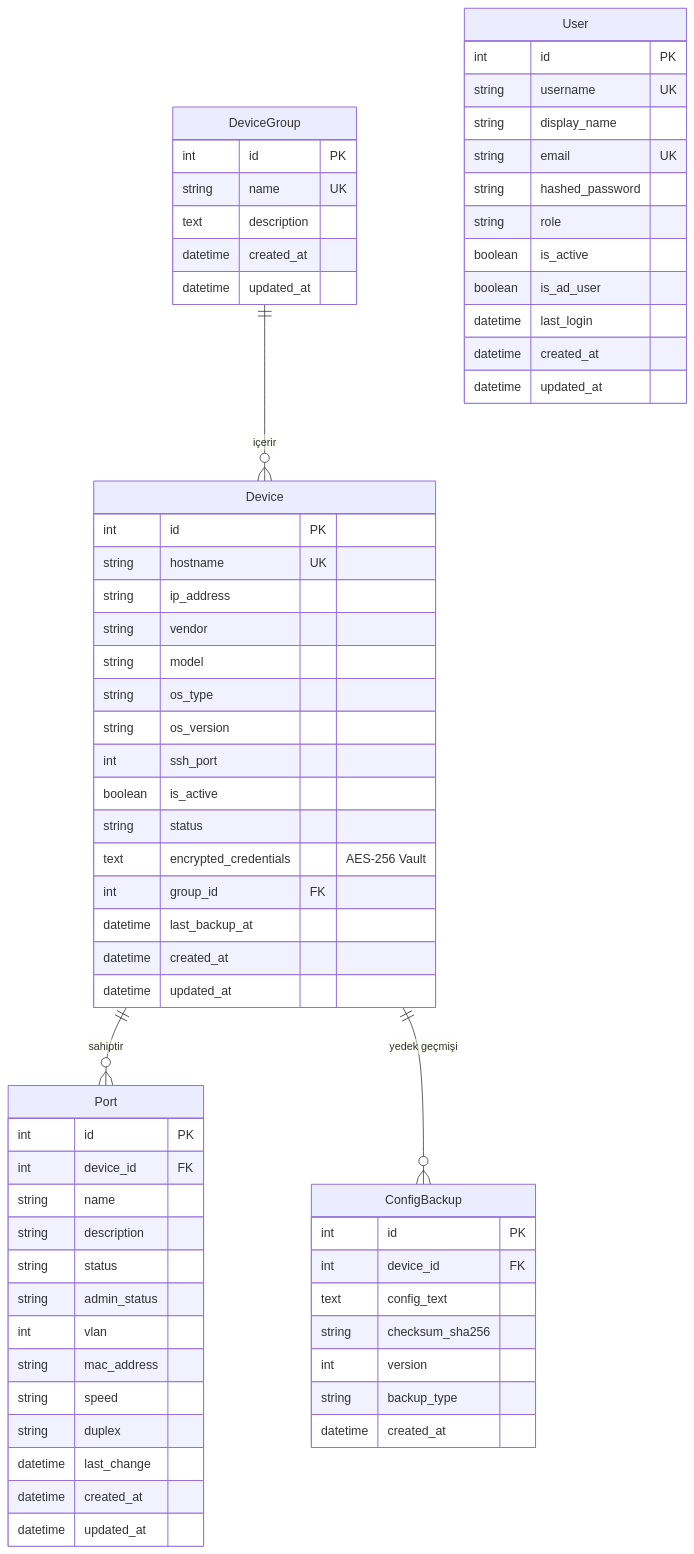
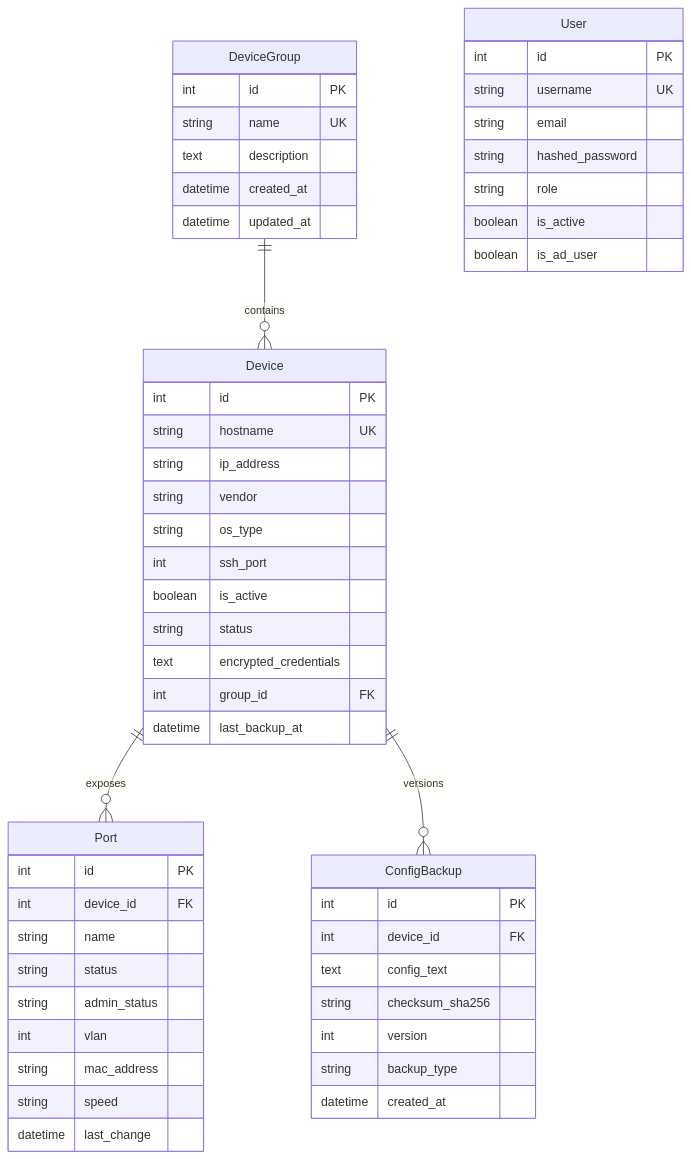
Before and after one commit to mertgl1/OmniEyeNetwork: the second of 2 diagrams in docs/ARCHITECTURE.md, drawn with Mermaid. The commit also changed other lines of this file and 54 other files, not shown here.

````diff
--- a/docs/ARCHITECTURE.md
+++ b/docs/ARCHITECTURE.md
@@ -96,72 +29,55 @@
 ```mermaid
 erDiagram
-    DeviceGroup ||--o{ Device : "içerir"
-    Device ||--o{ Port : "sahiptir"
-    Device ||--o{ ConfigBackup : "yedek geçmişi"
-
+    DeviceGroup ||--o{ Device : contains
+    Device ||--o{ Port : exposes
+    Device ||--o{ ConfigBackup : versions
     DeviceGroup {
-        int id PK
-        string name UK
-        text description
-        datetime created_at
-        datetime updated_at
+      int id PK
+      string name UK
+      text description
+      datetime created_at
+      datetime updated_at
     }
-
     Device {
-        int id PK
-        string hostname UK
-        string ip_address
-        string vendor
-        string model
-        string os_type
-        string os_version
-        int ssh_port
-        boolean is_active
-        string status
-        text encrypted_credentials "AES-256 Vault"
-        int group_id FK
-        datetime last_backup_at
-        datetime created_at
-        datetime updated_at
+      int id PK
+      string hostname UK
+      string ip_address
+      string vendor
+      string os_type
+      int ssh_port
+      boolean is_active
+      string status
+      text encrypted_credentials
+      int group_id FK
+      datetime last_backup_at
     }
-
     Port {
-        int id PK
-        int device_id FK
-        string name
-        string description
-        string status
-        string admin_status
-        int vlan
-        string mac_address
-        string speed
-        string duplex
-        datetime last_change
-        datetime created_at
-        datetime updated_at
+      int id PK
+      int device_id FK
+      string name
+      string status
+      string admin_status
+      int vlan
+      string mac_address
+      string speed
+      datetime last_change
     }
-
     ConfigBackup {
-        int id PK
-        int device_id FK
-        text config_text
-        string checksum_sha256
-        int version
-        string backup_type
-        datetime created_at
+      int id PK
+      int device_id FK
+      text config_text
+      string checksum_sha256
+      int version
+      string backup_type
+      datetime created_at
     }
-
     User {
-        int id PK
-        string username UK
-        string display_name
-        string email UK
-        string hashed_password
-        string role
-        boolean is_active
-        boolean is_ad_user
-        datetime last_login
-        datetime created_at
-        datetime updated_at
+      int id PK
+      string username UK
+      string email
+      string hashed_password
+      string role
+      boolean is_active
+      boolean is_ad_user
     }
 ```
````
